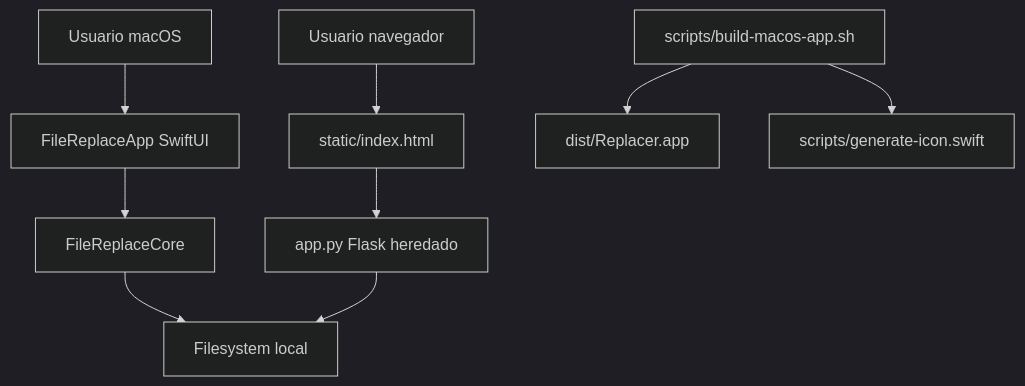
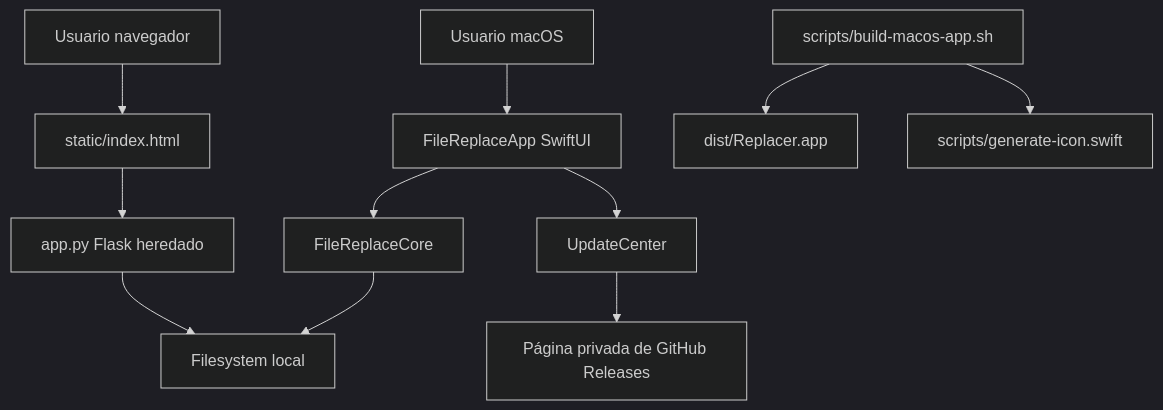
The diagram in docs/ARCHITECTURE.md (edfrutos/file-replace-app), drawn with Mermaid (dark theme) before and after one commit. The commit also changed other lines of this file and 14 other files, not shown here.

````diff
--- a/docs/ARCHITECTURE.md
+++ b/docs/ARCHITECTURE.md
@@ -10,11 +10,13 @@
 ```mermaid
 graph TD
     User["Usuario macOS"] --> SwiftUI["FileReplaceApp SwiftUI"]
     SwiftUI --> Core["FileReplaceCore"]
     Core --> FS["Filesystem local"]
+    SwiftUI --> Updates["UpdateCenter"]
+    Updates --> GitHub["Página privada de GitHub Releases"]
     UserWeb["Usuario navegador"] --> LegacyUI["static/index.html"]
     LegacyUI --> Flask["app.py Flask heredado"]
     Flask --> FS
     Build["scripts/build-macos-app.sh"] --> Bundle["dist/Replacer.app"]
     Build --> Icon["scripts/generate-icon.swift"]
 ```
````
